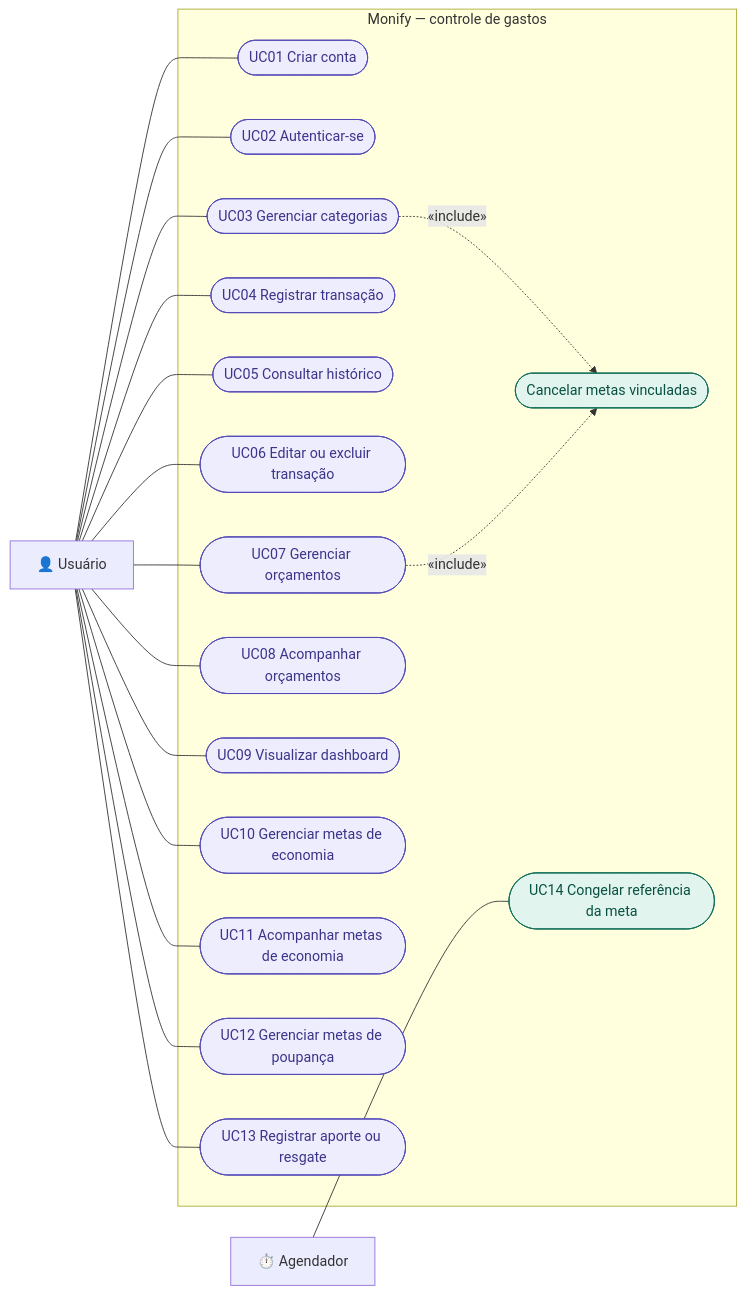
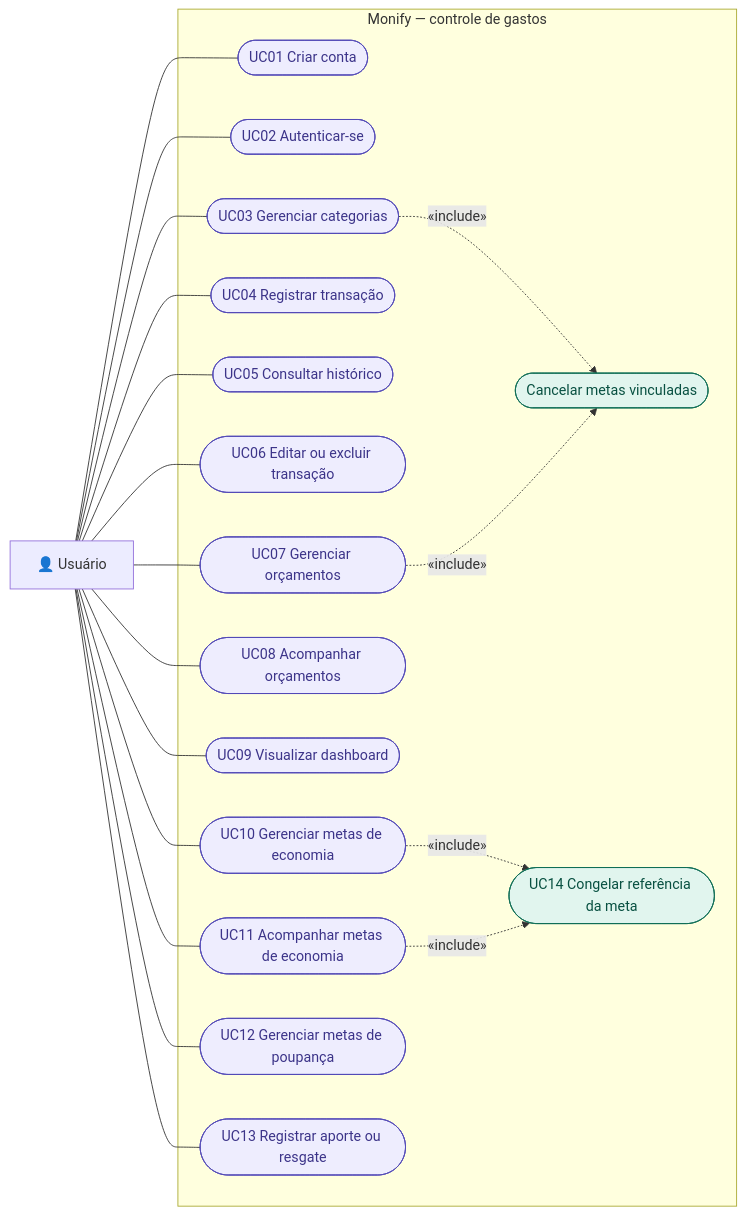
One commit to LindmanBassi/Monify changed the first of 2 diagrams in README.md. Above: the diagram before and after it, drawn with Mermaid. The commit also changed other lines of this file and 15 other files, not shown here.

````diff
--- a/README.md
+++ b/README.md
@@ -150,34 +177,34 @@
 ```mermaid
 flowchart LR
     usuario["👤 Usuário"]
-    agendador["⏱️ Agendador"]
 
     subgraph monify["Monify — controle de gastos"]
         uc01(["UC01 Criar conta"])
         uc02(["UC02 Autenticar-se"])
         uc03(["UC03 Gerenciar categorias"])
         uc04(["UC04 Registrar transação"])
         uc05(["UC05 Consultar histórico"])
         uc06(["UC06 Editar ou excluir transação"])
         uc07(["UC07 Gerenciar orçamentos"])
         uc08(["UC08 Acompanhar orçamentos"])
         uc09(["UC09 Visualizar dashboard"])
         uc10(["UC10 Gerenciar metas de economia"])
         uc11(["UC11 Acompanhar metas de economia"])
         uc12(["UC12 Gerenciar metas de poupança"])
         uc13(["UC13 Registrar aporte ou resgate"])
         cancelar(["Cancelar metas vinculadas"])
         uc14(["UC14 Congelar referência da meta"])
     end
 
     usuario --- uc01 & uc02 & uc03 & uc04 & uc05 & uc06 & uc07
     usuario --- uc08 & uc09 & uc10 & uc11 & uc12 & uc13
     uc03 -.->|"«include»"| cancelar
     uc07 -.->|"«include»"| cancelar
-    agendador --- uc14
+    uc10 -.->|"«include»"| uc14
+    uc11 -.->|"«include»"| uc14
 
     classDef caso fill:#eeedfe,stroke:#534ab7,color:#3c3489
     classDef incluido fill:#e1f5ee,stroke:#0f6e56,color:#085041
     class uc01,uc02,uc03,uc04,uc05,uc06,uc07,uc08,uc09,uc10,uc11,uc12,uc13 caso
     class cancelar,uc14 incluido
 ```
````
